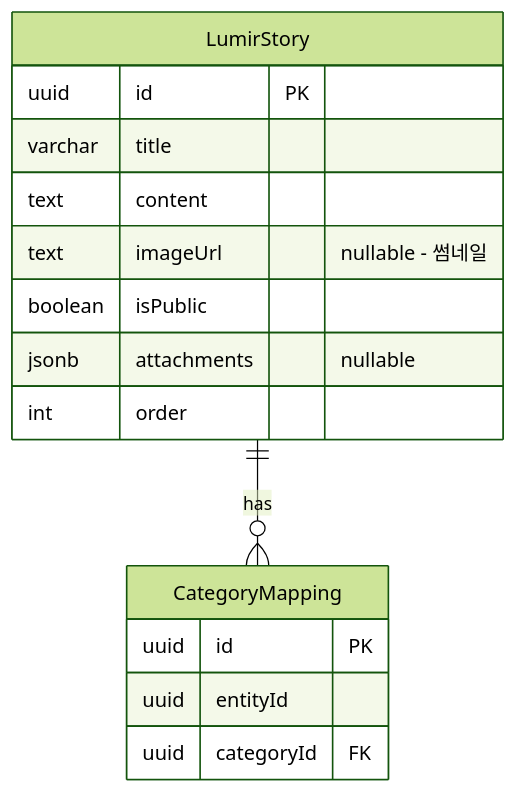
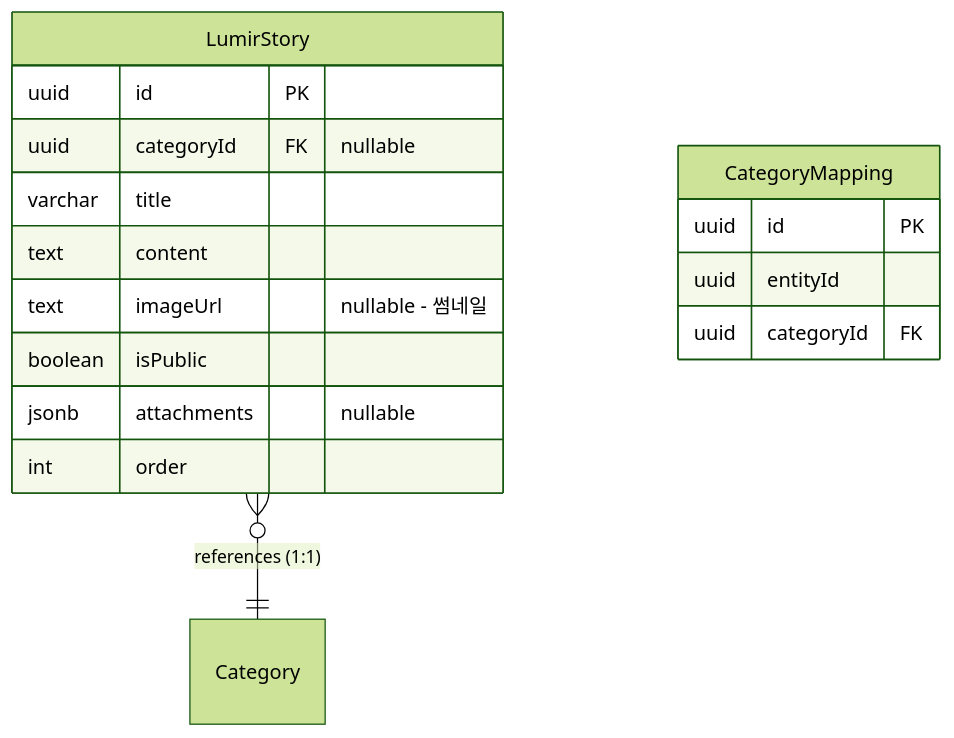
Diagram 11 of 16 in docs/erd/er-diagram-entities.md (wukdddang/lumir-cms-backend), drawn with Mermaid (forest theme) before and after one commit. The commit also changed other lines of this file and 9 other files, not shown here.

````diff
--- a/docs/erd/er-diagram-entities.md
+++ b/docs/erd/er-diagram-entities.md
@@ -565,20 +520,21 @@
 ```mermaid
 erDiagram
     LumirStory {
         uuid id PK
+        uuid categoryId FK "nullable"
         varchar title
         text content
         text imageUrl "nullable - 썸네일"
         boolean isPublic
         jsonb attachments "nullable"
         int order
     }
     
     CategoryMapping {
         uuid id PK
         uuid entityId
         uuid categoryId FK
     }
     
-    LumirStory ||--o{ CategoryMapping : "has"
+    LumirStory }o--|| Category : "references (1:1)"
 ```
````
